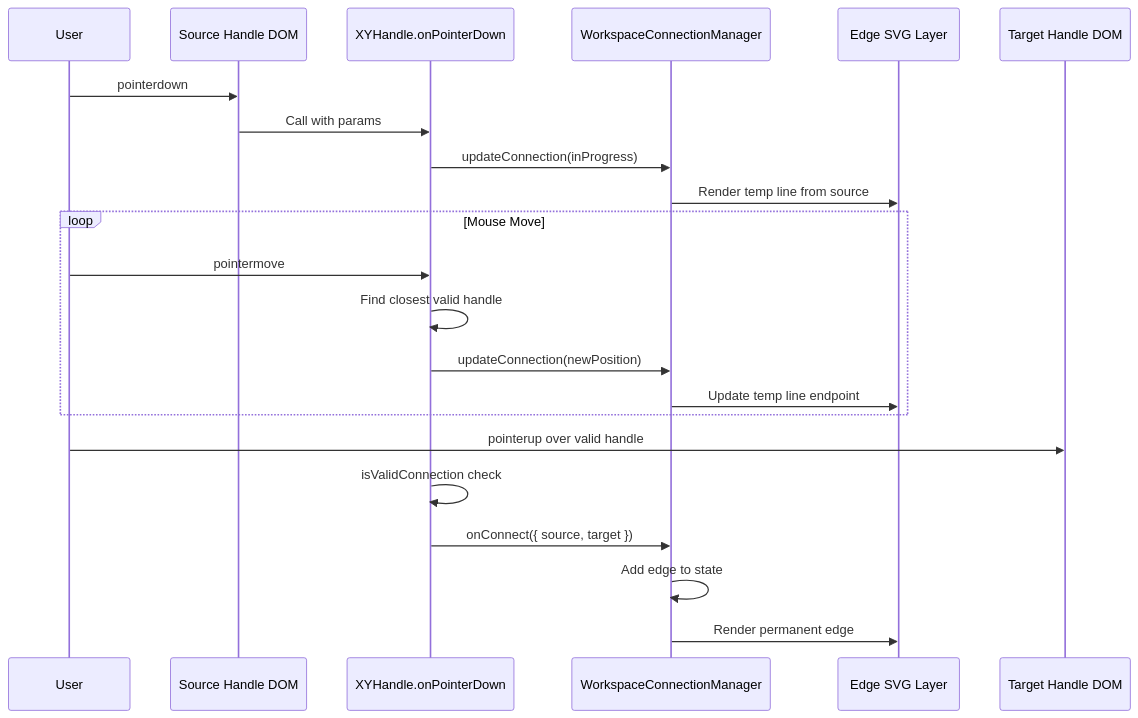
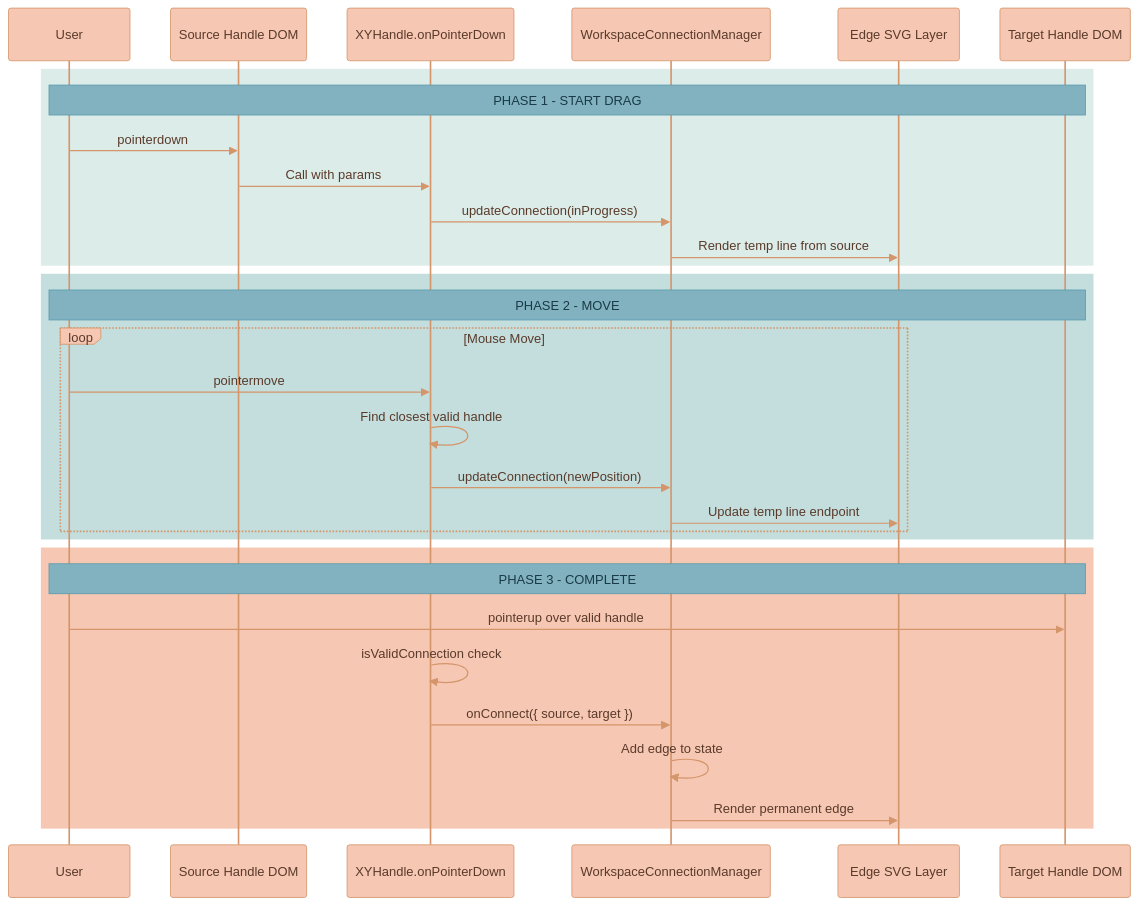
One commit to Lixpi/lixpi changed diagram 12 of 17 in documentation/features/WORKSPACE-FEATURE.md. Above: the diagram before and after it, drawn with Mermaid. The commit also changed other lines of this file and 27 other files, not shown here.

````diff
--- a/documentation/features/WORKSPACE-FEATURE.md
+++ b/documentation/features/WORKSPACE-FEATURE.md
@@ -593,27 +734,45 @@
 ```mermaid
+%%{init: {'theme': 'base', 'themeVariables': { 'noteBkgColor': '#82B2C0', 'noteTextColor': '#1a3a47', 'noteBorderColor': '#5a9aad', 'actorBkg': '#F6C7B3', 'actorBorder': '#d4956a', 'actorTextColor': '#5a3a2a', 'actorLineColor': '#d4956a', 'signalColor': '#d4956a', 'signalTextColor': '#5a3a2a', 'labelBoxBkgColor': '#F6C7B3', 'labelBoxBorderColor': '#d4956a', 'labelTextColor': '#5a3a2a', 'loopTextColor': '#5a3a2a', 'activationBorderColor': '#d4956a', 'activationBkgColor': '#C3DEDD', 'sequenceNumberColor': '#5a3a2a'}}}%%
 sequenceDiagram
     participant User
     participant Handle as Source Handle DOM
     participant XYH as XYHandle.onPointerDown
     participant WCM as WorkspaceConnectionManager
     participant SVG as Edge SVG Layer
     participant Target as Target Handle DOM
-
-    User->>Handle: pointerdown
-    Handle->>XYH: Call with params
-    XYH->>WCM: updateConnection(inProgress)
-    WCM->>SVG: Render temp line from source
-
-    loop Mouse Move
-        User->>XYH: pointermove
-        XYH->>XYH: Find closest valid handle
-        XYH->>WCM: updateConnection(newPosition)
-        WCM->>SVG: Update temp line endpoint
+    %% ═══════════════════════════════════════════════════════════════
+    %% PHASE 1: START DRAG
+    %% ═══════════════════════════════════════════════════════════════
+    rect rgb(220, 236, 233)
+        Note over User, Target: PHASE 1 - START DRAG
+        User->>Handle: pointerdown
+        Handle->>XYH: Call with params
+        XYH->>WCM: updateConnection(inProgress)
+        WCM->>SVG: Render temp line from source
     end
 
-    User->>Target: pointerup over valid handle
-    XYH->>XYH: isValidConnection check
-    XYH->>WCM: onConnect({ source, target })
-    WCM->>WCM: Add edge to state
-    WCM->>SVG: Render permanent edge
+    %% ═══════════════════════════════════════════════════════════════
+    %% PHASE 2: MOVE
+    %% ═══════════════════════════════════════════════════════════════
+    rect rgb(195, 222, 221)
+        Note over User, Target: PHASE 2 - MOVE
+        loop Mouse Move
+            User->>XYH: pointermove
+            XYH->>XYH: Find closest valid handle
+            XYH->>WCM: updateConnection(newPosition)
+            WCM->>SVG: Update temp line endpoint
+        end
+    end
+
+    %% ═══════════════════════════════════════════════════════════════
+    %% PHASE 3: COMPLETE
+    %% ═══════════════════════════════════════════════════════════════
+    rect rgb(246, 199, 179)
+        Note over User, Target: PHASE 3 - COMPLETE
+        User->>Target: pointerup over valid handle
+        XYH->>XYH: isValidConnection check
+        XYH->>WCM: onConnect({ source, target })
+        WCM->>WCM: Add edge to state
+        WCM->>SVG: Render permanent edge
+    end
 ```
````
